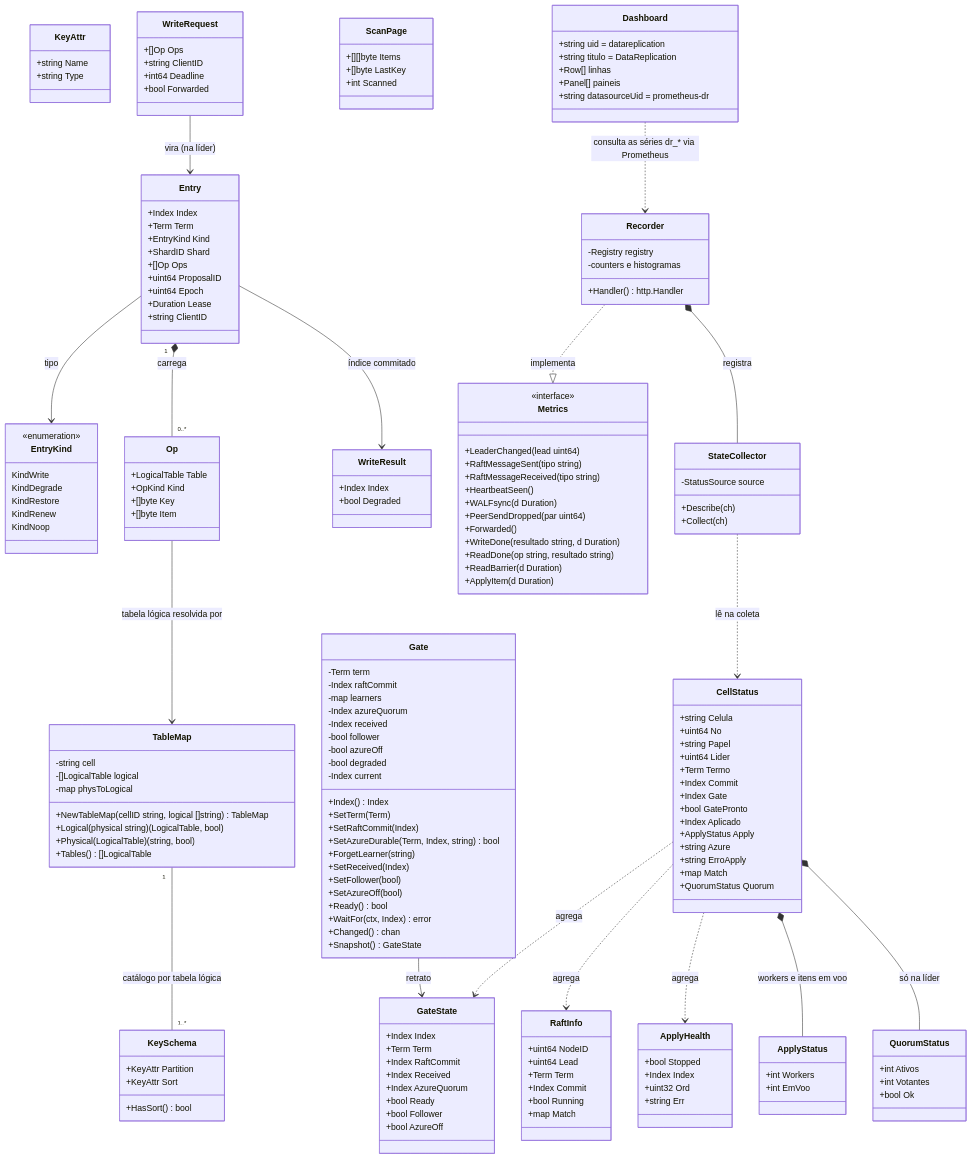
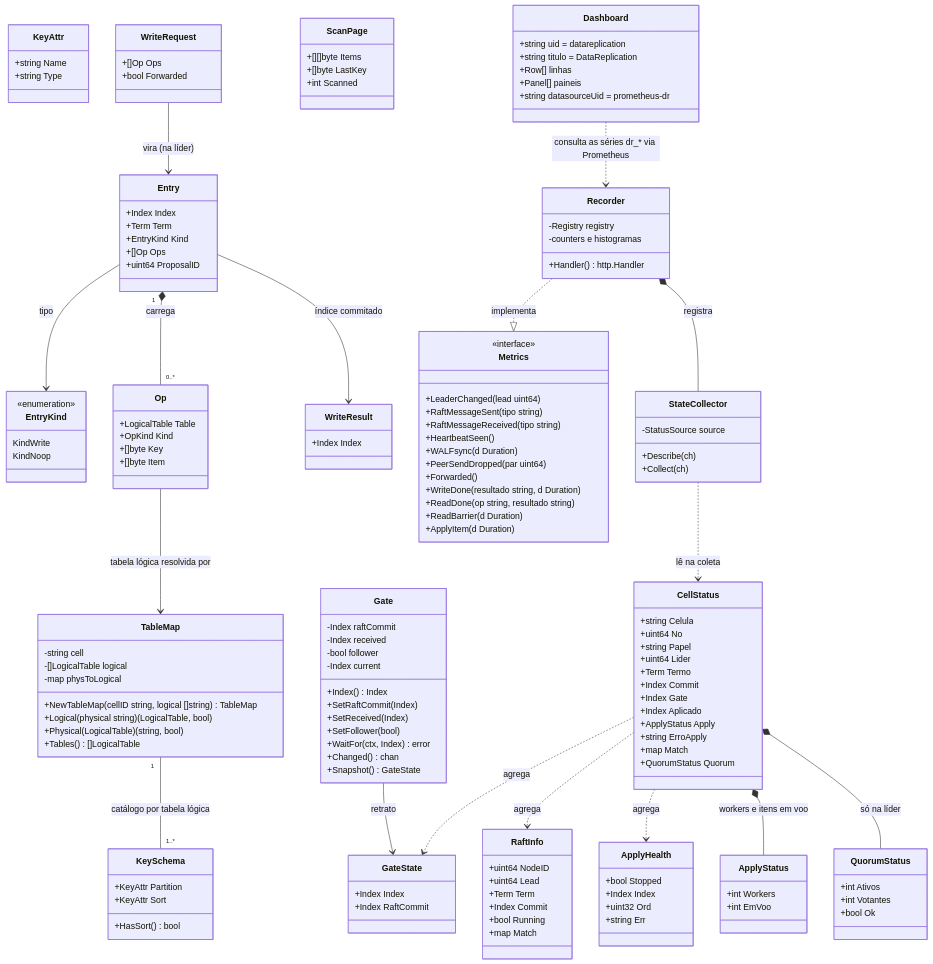
One commit to brbarmex/k changed the diagram in spdd/prompt/GGQPA-XXX-202610132059-[Feat]-service-poc-local-datareplication-tres-celulas-aws.md. Above: the diagram before and after it, drawn with Mermaid. The commit also changed other lines of this file and 2 other files, not shown here.

First line of the commit message:
spec e prompts SPDD: tira learners, modo degradado, transferência de liderança e benchstore da POC

```diff
--- a/spdd/prompt/GGQPA-XXX-202610132059-[Feat]-service-poc-local-datareplication-tres-celulas-aws.md
+++ b/spdd/prompt/GGQPA-XXX-202610132059-[Feat]-service-poc-local-datareplication-tres-celulas-aws.md
@@ -28,20 +28,13 @@
     +Index Index
     +Term Term
     +EntryKind Kind
-    +ShardID Shard
     +[]Op Ops
     +uint64 ProposalID
-    +uint64 Epoch
-    +Duration Lease
-    +string ClientID
 }
 
 class EntryKind {
     <<enumeration>>
     KindWrite
-    KindDegrade
-    KindRestore
-    KindRenew
     KindNoop
 }
 
@@ -53,24 +46,14 @@
 }
 
 class Gate {
-    -Term term
     -Index raftCommit
-    -map learners
-    -Index azureQuorum
     -Index received
     -bool follower
-    -bool azureOff
-    -bool degraded
     -Index current
     +Index() Index
-    +SetTerm(Term)
     +SetRaftCommit(Index)
-    +SetAzureDurable(Term, Index, string) bool
-    +ForgetLearner(string)
     +SetReceived(Index)
     +SetFollower(bool)
-    +SetAzureOff(bool)
-    +Ready() bool
     +WaitFor(ctx, Index) error
     +Changed() chan
     +Snapshot() GateState
@@ -78,13 +61,7 @@
 
 class GateState {
     +Index Index
-    +Term Term
     +Index RaftCommit
-    +Index Received
-    +Index AzureQuorum
-    +bool Ready
-    +bool Follower
-    +bool AzureOff
 }
 
 class TableMap {
@@ -110,14 +87,11 @@
 
 class WriteRequest {
     +[]Op Ops
-    +string ClientID
-    +int64 Deadline
     +bool Forwarded
 }
 
 class WriteResult {
     +Index Index
-    +bool Degraded
 }
 
 class ScanPage {
@@ -155,10 +129,8 @@
     +Term Termo
     +Index Commit
     +Index Gate
-    +bool GatePronto
     +Index Aplicado
     +ApplyStatus Apply
-    +string Azure
     +string ErroApply
     +map Match
     +QuorumStatus Quorum
```
